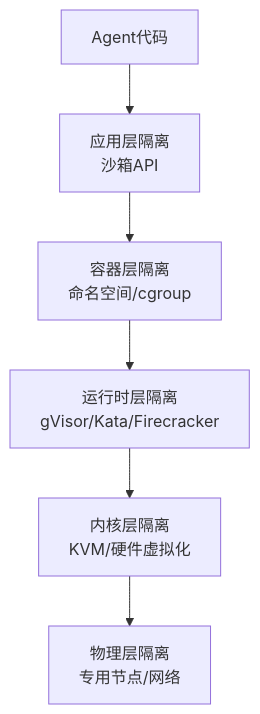
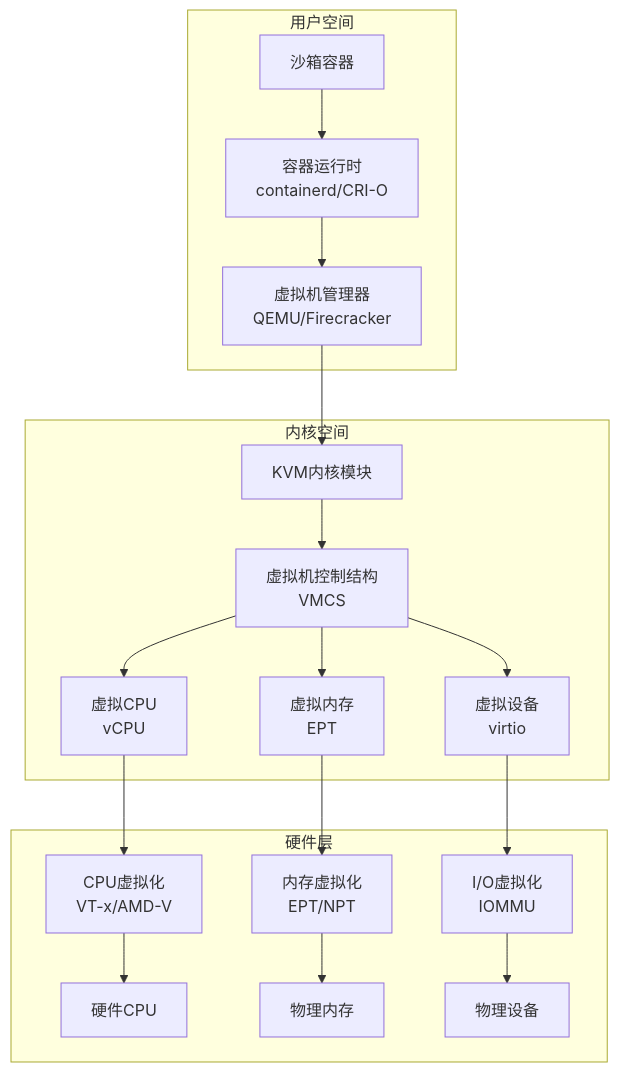
Diagram 18 of 20 in docs/superpowers/specs/2026-03-22-agent-sandbox-technical-roadmap.md (QJWang23/sandbox), drawn with Mermaid before and after one commit. The commit also changed other lines of this file, not shown here.

First line of the commit message:
Update technical roadmap with production scenarios focus

````diff
--- a/docs/superpowers/specs/2026-03-22-agent-sandbox-technical-roadmap.md
+++ b/docs/superpowers/specs/2026-03-22-agent-sandbox-technical-roadmap.md
@@ -728,8 +701,25 @@
 ```mermaid
 graph TB
-    A[Agent代码] --> B[应用层隔离<br/>沙箱API]
-    B --> C[容器层隔离<br/>命名空间/cgroup]
-    C --> D[运行时层隔离<br/>gVisor/Kata/Firecracker]
-    D --> E[内核层隔离<br/>KVM/硬件虚拟化]
-    E --> F[物理层隔离<br/>专用节点/网络]
+    subgraph "用户空间"
+        A[沙箱容器] --> B[容器运行时<br/>containerd/CRI-O]
+        B --> C[虚拟机管理器<br/>QEMU/Firecracker]
+    end
+
+    subgraph "内核空间"
+        D[KVM内核模块] --> E[虚拟机控制结构<br/>VMCS]
+        E --> F[虚拟CPU<br/>vCPU]
+        E --> G[虚拟内存<br/>EPT]
+        E --> H[虚拟设备<br/>virtio]
+    end
+
+    subgraph "硬件层"
+        I[CPU虚拟化<br/>VT-x/AMD-V] --> J[硬件CPU]
+        K[内存虚拟化<br/>EPT/NPT] --> L[物理内存]
+        M[I/O虚拟化<br/>IOMMU] --> N[物理设备]
+    end
+
+    C --> D
+    F --> I
+    G --> K
+    H --> M
 ```
````
